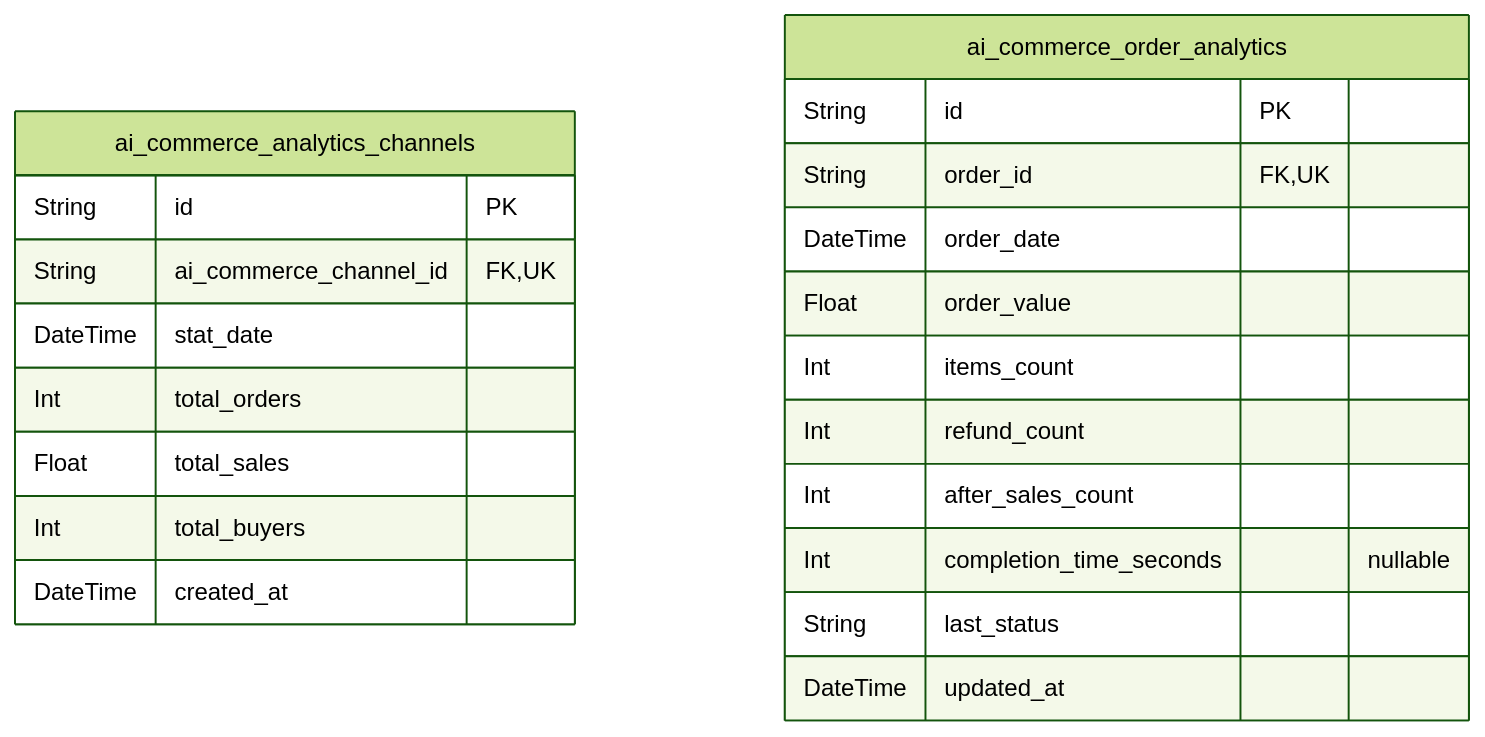
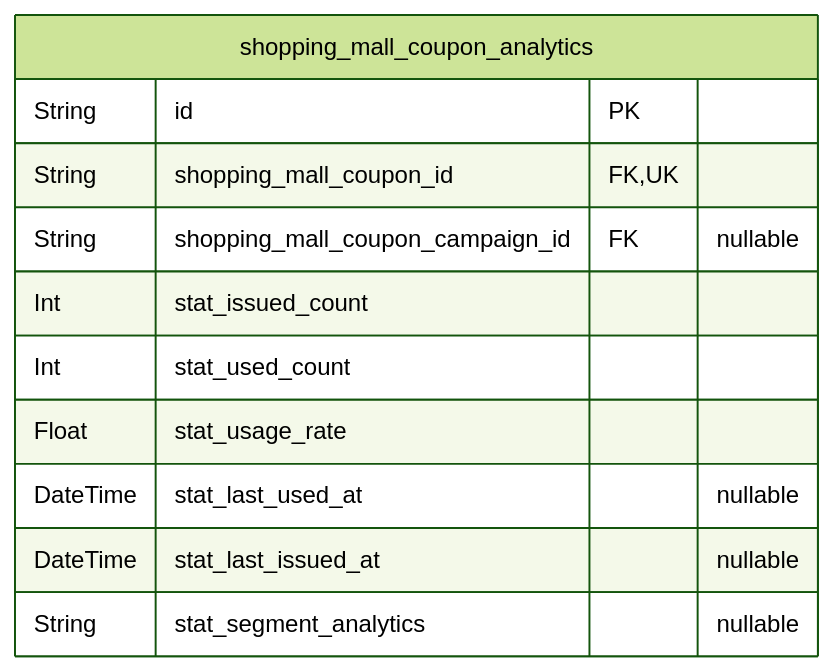
Before and after one commit to wrtnlabs/autobe-example-shopping-openai-gpt-4.1: diagram 11 of 11 in docs/ERD.md, drawn with Mermaid (forest theme). The commit also changed other lines of this file and 2647 other files, not shown here.

````diff
--- a/docs/ERD.md
+++ b/docs/ERD.md
@@ -3610,24 +2743,14 @@
 ```mermaid
 erDiagram
-"ai_commerce_analytics_channels" {
+"shopping_mall_coupon_analytics" {
   String id PK
-  String ai_commerce_channel_id FK,UK
-  DateTime stat_date
-  Int total_orders
-  Float total_sales
-  Int total_buyers
-  DateTime created_at
-}
-"ai_commerce_order_analytics" {
-  String id PK
-  String order_id FK,UK
-  DateTime order_date
-  Float order_value
-  Int items_count
-  Int refund_count
-  Int after_sales_count
-  Int completion_time_seconds "nullable"
-  String last_status
-  DateTime updated_at
+  String shopping_mall_coupon_id FK,UK
+  String shopping_mall_coupon_campaign_id FK "nullable"
+  Int stat_issued_count
+  Int stat_used_count
+  Float stat_usage_rate
+  DateTime stat_last_used_at "nullable"
+  DateTime stat_last_issued_at "nullable"
+  String stat_segment_analytics "nullable"
 }
 ```
````
